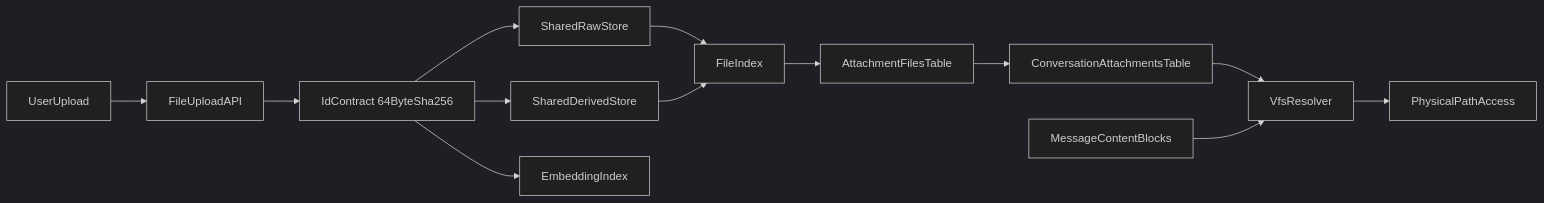
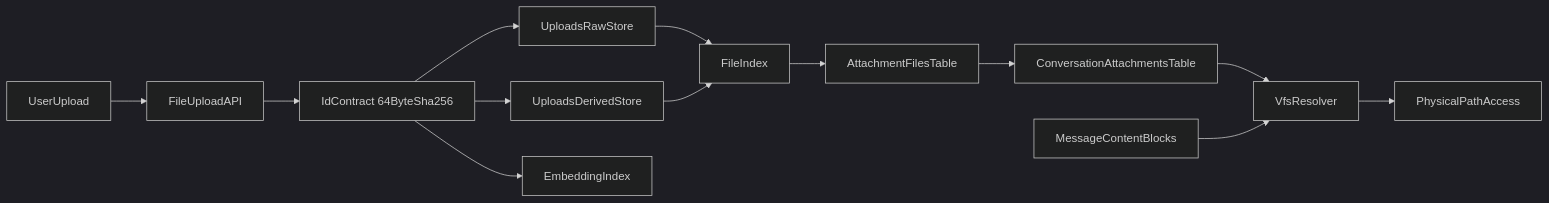
The diagram in .cursor/plans/会话文件虚拟路径迁移_be886c22.plan.md (wuhonglei/chat-agent), drawn with Mermaid (dark theme) before and after one commit. The commit also changed other lines of this file, not shown here.

````diff
--- a/.cursor/plans/会话文件虚拟路径迁移_be886c22.plan.md
+++ b/.cursor/plans/会话文件虚拟路径迁移_be886c22.plan.md
@@ -68,15 +68,15 @@
 ```mermaid
 flowchart LR
     userUpload[UserUpload] --> uploadApi[FileUploadAPI]
     uploadApi --> idContract["IdContract 64ByteSha256"]
-    idContract --> sharedRaw[SharedRawStore]
-    idContract --> sharedDerived[SharedDerivedStore]
+    idContract --> uploadsRaw[UploadsRawStore]
+    idContract --> uploadsDerived[UploadsDerivedStore]
     idContract --> embeddingIndex[EmbeddingIndex]
-    sharedRaw --> fileIndex[FileIndex]
-    sharedDerived --> fileIndex
+    uploadsRaw --> fileIndex[FileIndex]
+    uploadsDerived --> fileIndex
     fileIndex --> attachmentFiles[AttachmentFilesTable]
     attachmentFiles --> conversationAttachments[ConversationAttachmentsTable]
     conversationAttachments --> vfsResolver[VfsResolver]
     chatBlocks[MessageContentBlocks] --> vfsResolver
     vfsResolver --> physicalPath[PhysicalPathAccess]
 ```
````
